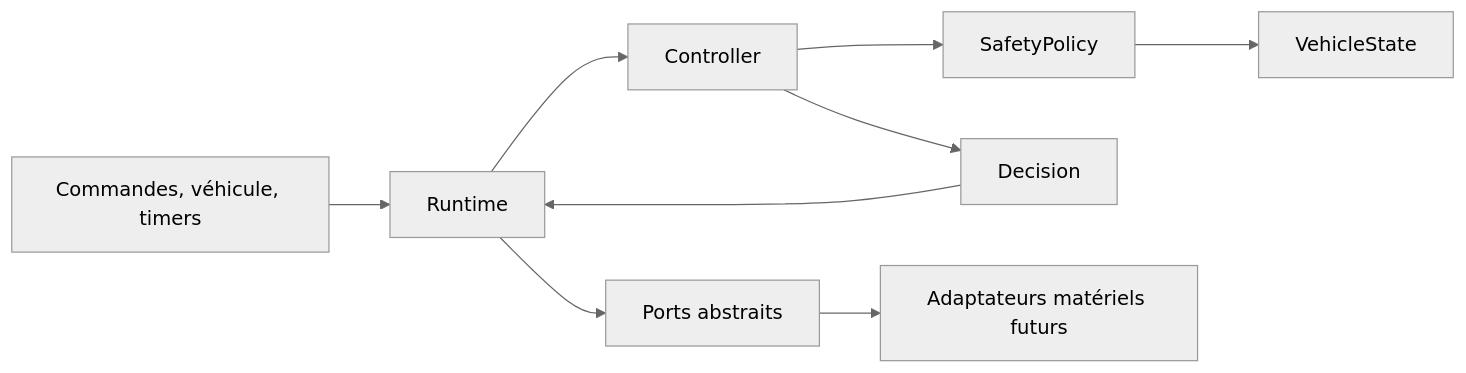
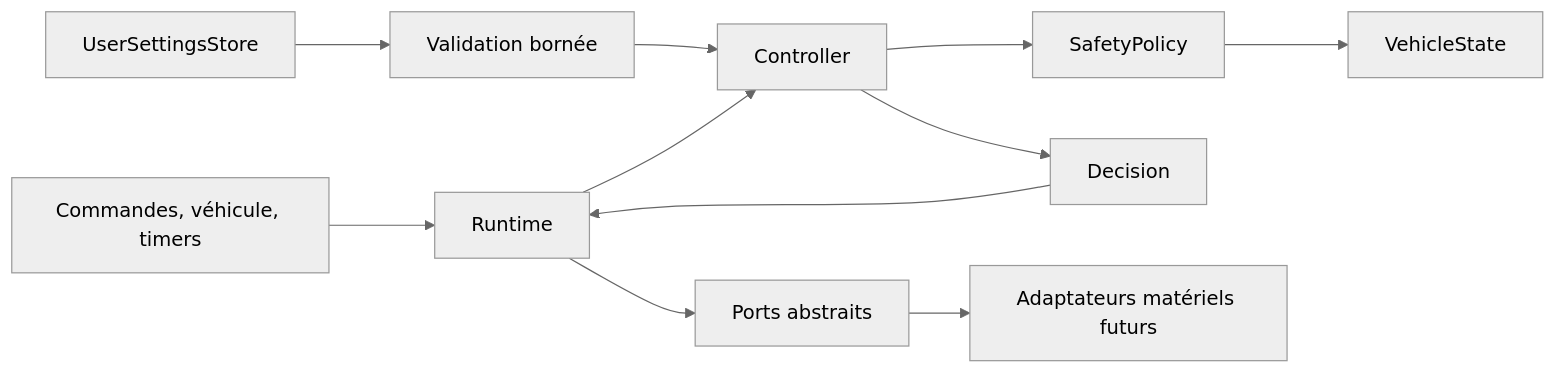
One commit to Synaro/BMW-E9x-Remote-Control changed the first of 3 diagrams in docs/architecture.md. Above: the diagram before and after it, drawn with Mermaid (neutral theme). The commit also changed other lines of this file and 23 other files, not shown here.

````diff
--- a/docs/architecture.md
+++ b/docs/architecture.md
@@ -14,11 +14,13 @@
 ```mermaid
 flowchart LR
     Sources["Commandes, véhicule, timers"] --> Runtime["Runtime"]
+    Settings["UserSettingsStore"] --> Validation["Validation bornée"]
+    Validation --> Controller
     Runtime --> Controller["Controller"]
     Controller --> Policy["SafetyPolicy"]
     Policy --> Model["VehicleState"]
     Controller --> Decision["Decision"]
     Decision --> Runtime
     Runtime --> Ports["Ports abstraits"]
     Ports --> Adapters["Adaptateurs matériels futurs"]
 ```
````
